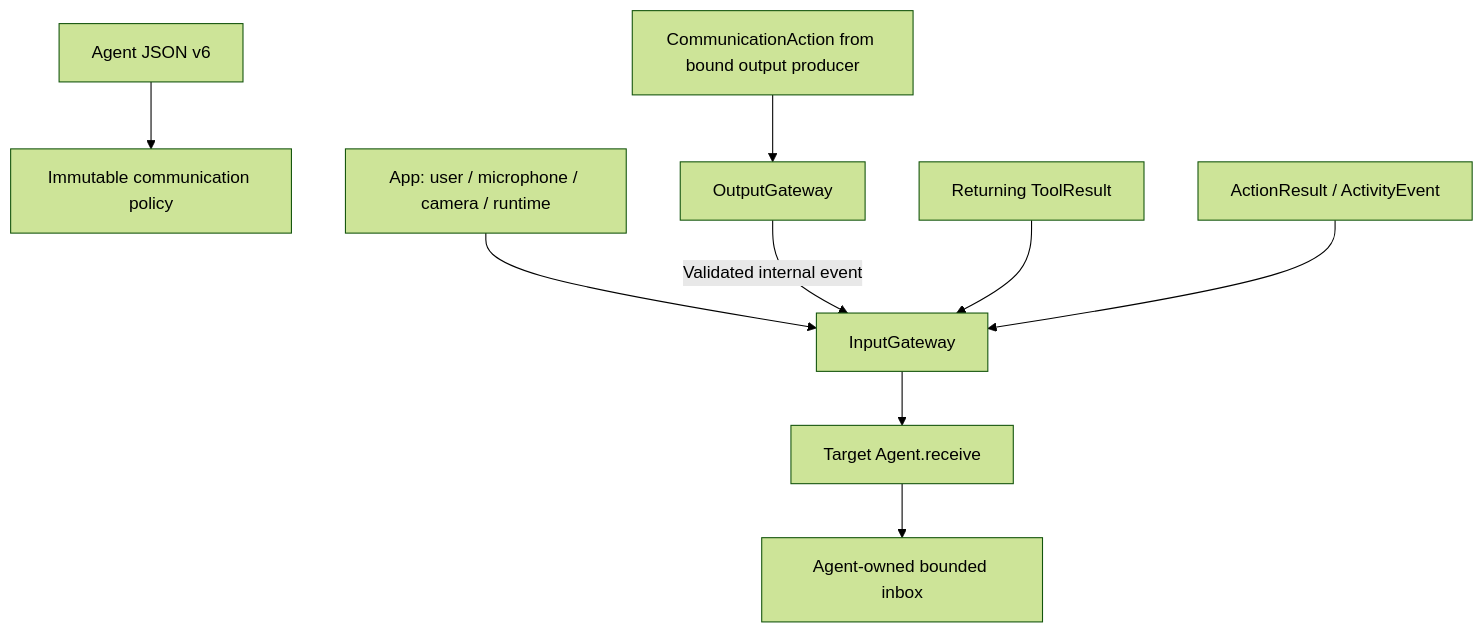
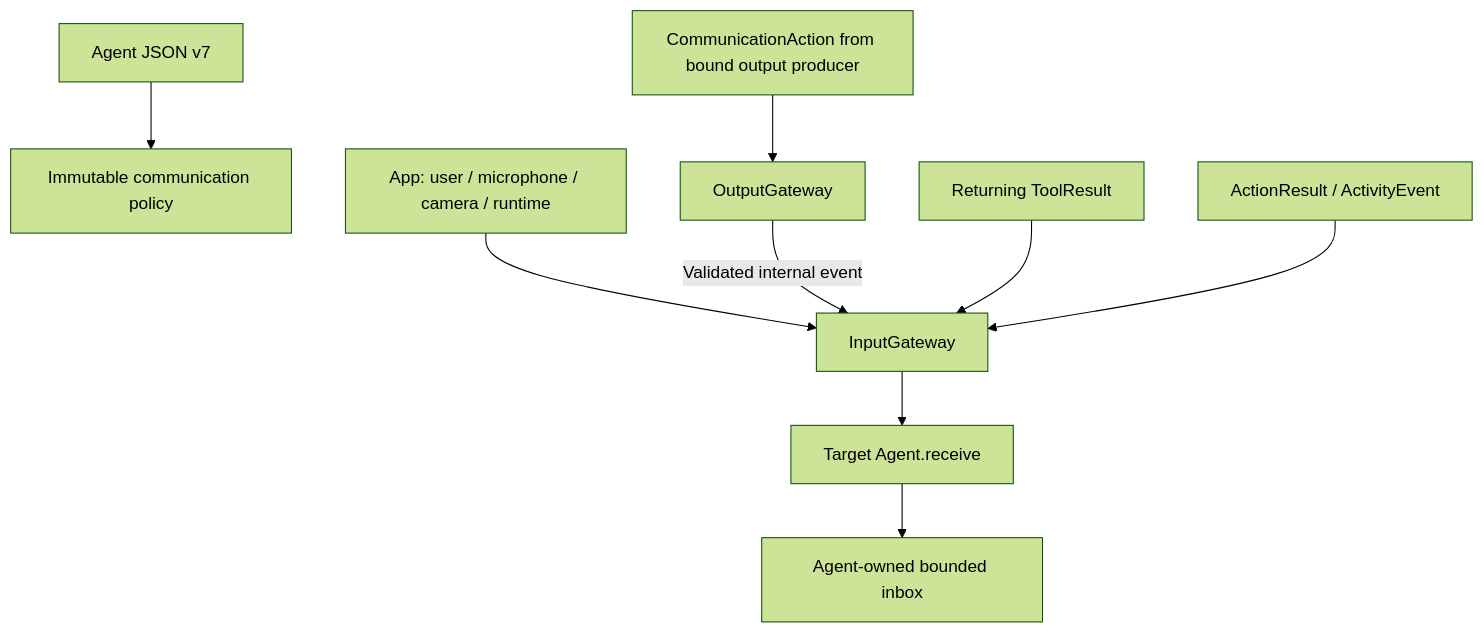
One commit to devilyouwei/MobileHarness changed the seventh of 35 diagrams in MobileHarness/README.md. Above: the diagram before and after it, drawn with Mermaid (forest theme). The commit also changed other lines of this file and 456 other files, not shown here.

````diff
--- a/MobileHarness/README.md
+++ b/MobileHarness/README.md
@@ -589,11 +588,11 @@
 ```mermaid
 flowchart TD
-    Config[Agent JSON v6] --> Policy[Immutable communication policy]
+    Config[Agent JSON v7] --> Policy[Immutable communication policy]
     External[App: user / microphone / camera / runtime] --> Input[InputGateway]
     Sender[CommunicationAction from bound output producer] --> Output[OutputGateway]
     Output -->|Validated internal event| Input
     Tool[Returning ToolResult] --> Input
     Runtime[ActionResult / ActivityEvent] --> Input
     Input --> Target[Target Agent.receive]
     Target --> Inbox[Agent-owned bounded inbox]
 ```
````
